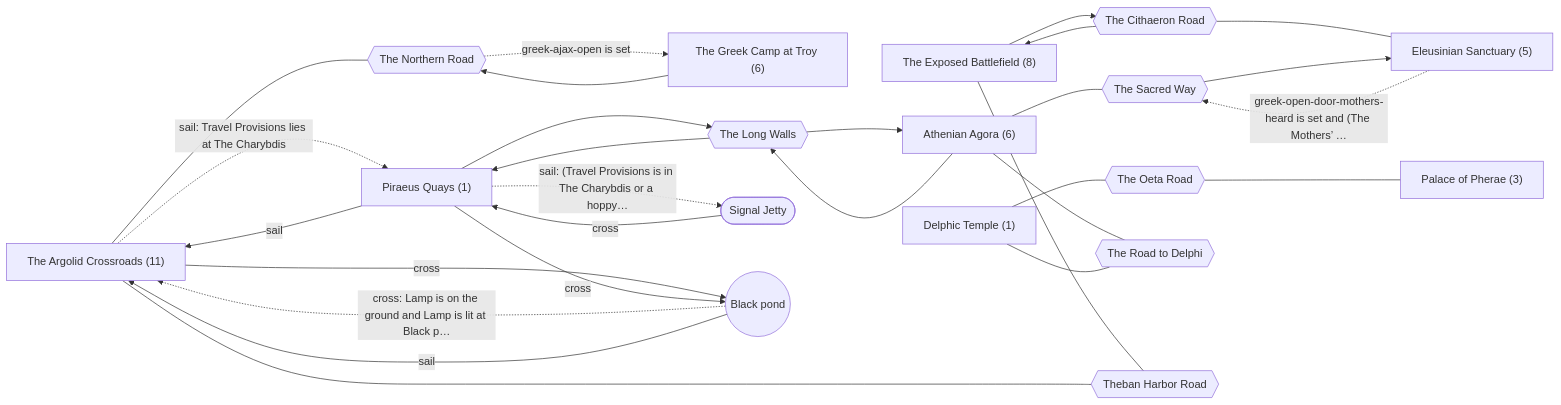
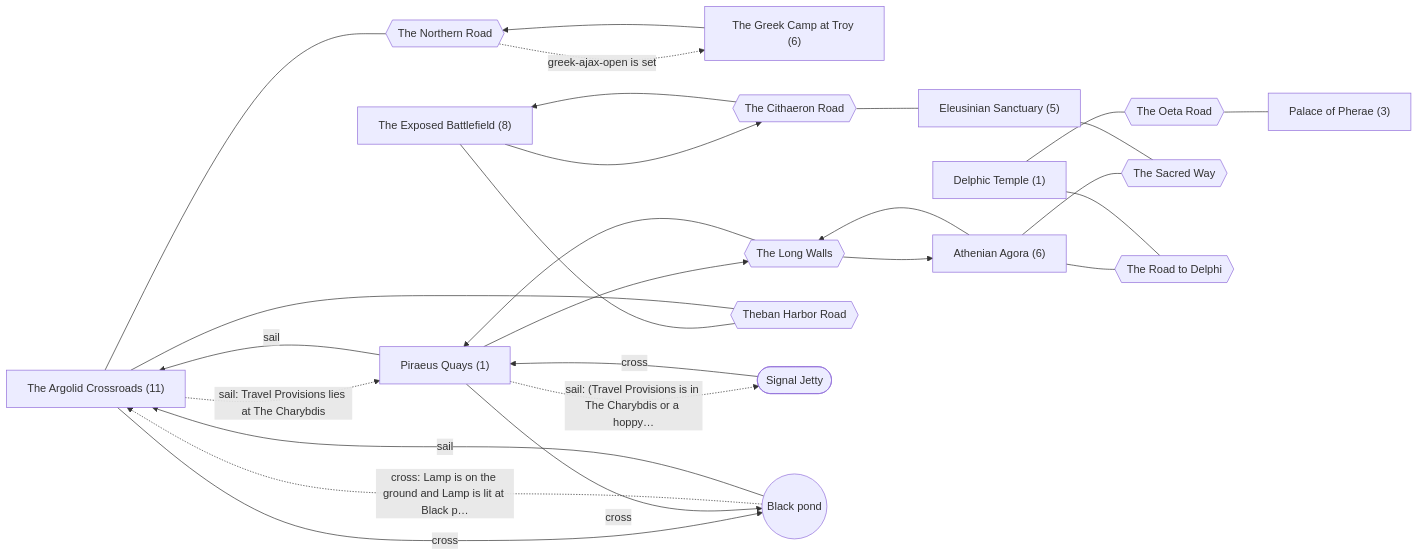
Before and after one commit to cenetex/cosyworld: the first of 13 diagrams in docs/maps/greek-drama.md, drawn with Mermaid. The commit also changed other lines of this file and 13 other files, not shown here.

First line of the commit message:
Rebuild the Open Door from wants, things and live locks (WIP)

````diff
--- a/docs/maps/greek-drama.md
+++ b/docs/maps/greek-drama.md
@@ -14,47 +14,46 @@
 ```mermaid
 flowchart LR
   n_d_greek_argolid_road["The Argolid Crossroads (11)"]
   n_d_greek_athens["Athenian Agora (6)"]
   n_d_greek_battlefield["The Exposed Battlefield (8)"]
   n_d_greek_delphi["Delphic Temple (1)"]
   n_d_greek_eleusis["Eleusinian Sanctuary (5)"]
   n_d_greek_greek_camp["The Greek Camp at Troy (6)"]
   n_d_greek_pherae["Palace of Pherae (3)"]
   n_d_greek_piraeus["Piraeus Quays (1)"]
   n_greek_cithaeron{{"The Cithaeron Road"}}
   n_greek_oeta{{"The Oeta Road"}}
   n_greek_road_athens_eleusis{{"The Sacred Way"}}
   n_greek_road_athens_piraeus{{"The Long Walls"}}
   n_greek_road_north{{"The Northern Road"}}
   n_greek_road_sacred_way{{"The Road to Delphi"}}
   n_greek_road_thebes{{"Theban Harbor Road"}}
   n_hoppycat_signal_jetty(["Signal Jetty"])
   n_pond(("Black pond"))
   n_d_greek_greek_camp --> n_greek_road_north
   n_d_greek_athens --- n_greek_road_athens_eleusis
   n_d_greek_athens --> n_greek_road_athens_piraeus
   n_d_greek_athens --- n_greek_road_sacred_way
   n_d_greek_battlefield --> n_greek_cithaeron
   n_greek_cithaeron --> n_d_greek_battlefield
   n_greek_cithaeron --- n_d_greek_eleusis
   n_d_greek_battlefield --- n_greek_road_thebes
   n_d_greek_delphi --- n_greek_oeta
   n_d_greek_delphi --- n_greek_road_sacred_way
-  n_d_greek_eleusis -. "greek-open-door-mothers-heard is set and (The Mothers’ …" .-> n_greek_road_athens_eleusis
+  n_d_greek_eleusis --- n_greek_road_athens_eleusis
   n_d_greek_argolid_road -. "sail: Travel Provisions lies at The Charybdis" .-> n_d_greek_piraeus
   n_d_greek_argolid_road --- n_greek_road_north
   n_d_greek_argolid_road --- n_greek_road_thebes
   n_d_greek_argolid_road -- "cross" --> n_pond
   n_greek_oeta --- n_d_greek_pherae
   n_d_greek_piraeus -- "sail" --> n_d_greek_argolid_road
   n_d_greek_piraeus --> n_greek_road_athens_piraeus
   n_d_greek_piraeus -. "sail: (Travel Provisions is in The Charybdis or a hoppy…" .-> n_hoppycat_signal_jetty
   n_d_greek_piraeus -- "cross" --> n_pond
-  n_greek_road_athens_eleusis --> n_d_greek_eleusis
   n_greek_road_athens_piraeus --> n_d_greek_athens
   n_greek_road_athens_piraeus --> n_d_greek_piraeus
   n_greek_road_north -. "greek-ajax-open is set" .-> n_d_greek_greek_camp
   n_hoppycat_signal_jetty -- "cross" --> n_d_greek_piraeus
   n_pond -. "cross: Lamp is on the ground and Lamp is lit at Black p…" .-> n_d_greek_argolid_road
   n_pond -- "sail" --> n_d_greek_argolid_road
 ```
````
